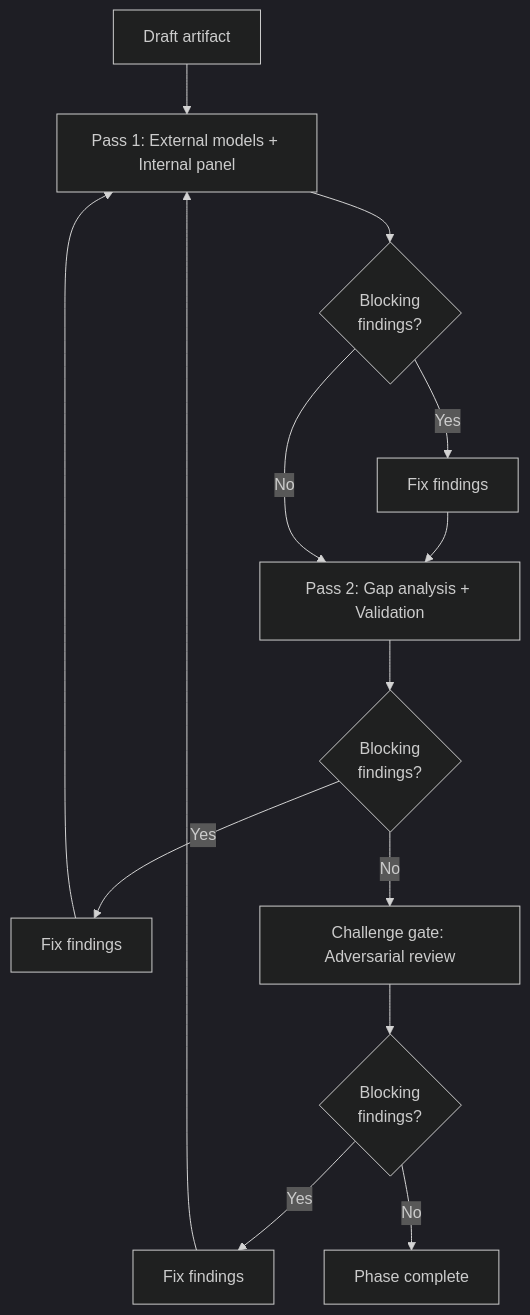
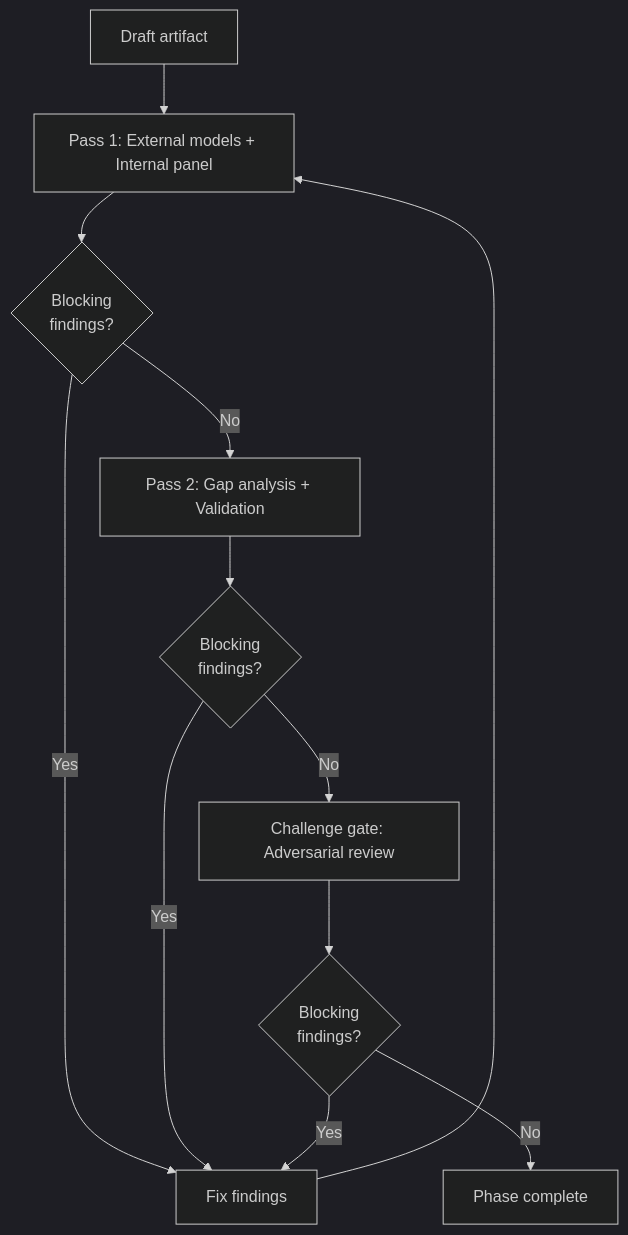
The second of 2 diagrams in README.md (tonfield/claude-phasebook), drawn with Mermaid (dark theme) before and after one commit.

Commit message:
docs: single Fix node shared by all three review stages

````diff
--- a/README.md
+++ b/README.md
@@ -117,14 +117,14 @@
 ```mermaid
 flowchart TD
     A[Draft artifact] --> B[Pass 1: External models + Internal panel]
     B --> C{Blocking\nfindings?}
-    C -->|Yes| D[Fix findings]
-    D --> E[Pass 2: Gap analysis + Validation]
-    C -->|No| E
+    C -->|Yes| Fix[Fix findings]
+    Fix --> B
+    C -->|No| E[Pass 2: Gap analysis + Validation]
     E --> F{Blocking\nfindings?}
-    F -->|Yes| G[Fix findings] --> B
+    F -->|Yes| Fix
     F -->|No| H[Challenge gate: Adversarial review]
     H --> I{Blocking\nfindings?}
-    I -->|Yes| J[Fix findings] --> B
+    I -->|Yes| Fix
     I -->|No| K[Phase complete]
 ```
````
